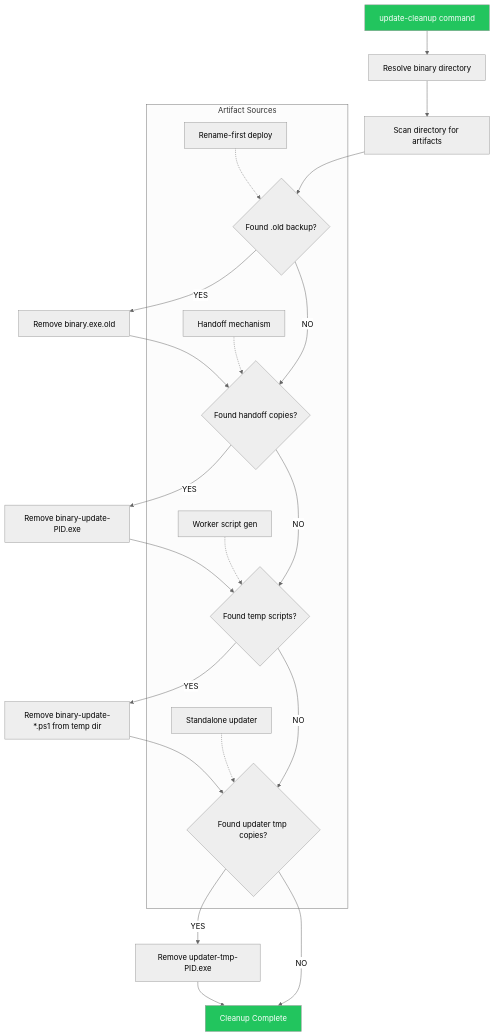
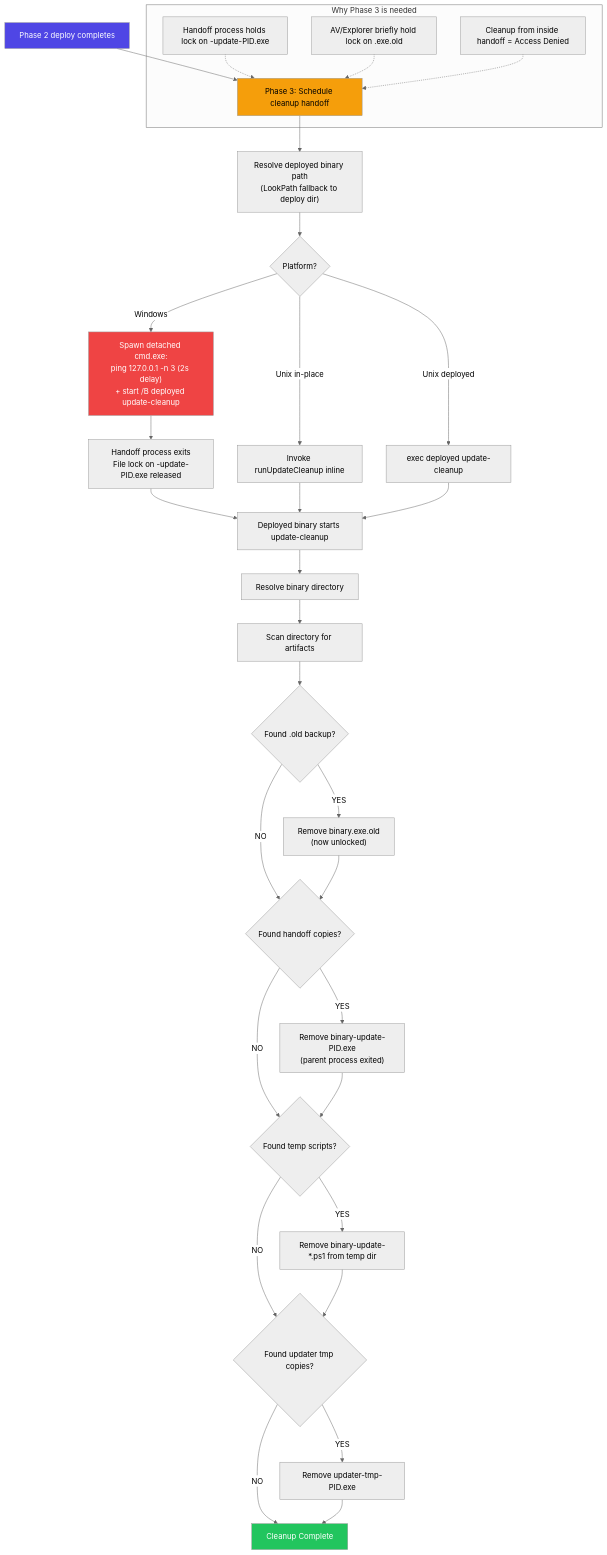
The diagram in spec/08-generic-update/images/cleanup-flow.mmd (alimtvnetwork/gitmap-v6), drawn with Mermaid (neutral theme) before and after one commit. The commit also changed 2 other files, not shown here.

```diff
--- a/spec/08-generic-update/images/cleanup-flow.mmd
+++ b/spec/08-generic-update/images/cleanup-flow.mmd
@@ -1,30 +1,44 @@
 graph TD
-    A["update-cleanup command"] --> B["Resolve binary directory"]
-    B --> C["Scan directory for artifacts"]
+    A["Phase 2 deploy completes"] --> B["Phase 3: Schedule cleanup handoff"]
+    B --> C["Resolve deployed binary path<br/>(LookPath fallback to deploy dir)"]
+    C --> D{"Platform?"}
 
-    C --> D{"Found .old backup?"}
-    D -->|YES| D1["Remove binary.exe.old"]
-    D -->|NO| E{"Found handoff copies?"}
-    D1 --> E
+    D -->|Windows| W1["Spawn detached cmd.exe:<br/>ping 127.0.0.1 -n 3 (2s delay)<br/>+ start /B deployed update-cleanup"]
+    D -->|Unix in-place| U1["Invoke runUpdateCleanup inline"]
+    D -->|Unix deployed| U2["exec deployed update-cleanup"]
 
-    E -->|YES| E1["Remove binary-update-PID.exe"]
-    E -->|NO| F{"Found temp scripts?"}
-    E1 --> F
+    W1 --> X["Handoff process exits<br/>File lock on -update-PID.exe released"]
+    X --> Y["Deployed binary starts update-cleanup"]
+    U1 --> Y
+    U2 --> Y
 
-    F -->|YES| F1["Remove binary-update-*.ps1 from temp dir"]
-    F -->|NO| G{"Found updater tmp copies?"}
-    F1 --> G
+    Y --> Z["Resolve binary directory"]
+    Z --> S["Scan directory for artifacts"]
 
-    G -->|YES| G1["Remove updater-tmp-PID.exe"]
-    G -->|NO| H["Cleanup Complete"]
-    G1 --> H
+    S --> D1{"Found .old backup?"}
+    D1 -->|YES| D1a["Remove binary.exe.old<br/>(now unlocked)"]
+    D1 -->|NO| E1{"Found handoff copies?"}
+    D1a --> E1
 
-    subgraph "Artifact Sources"
-        I1["Rename-first deploy"] -.-> D
-        I2["Handoff mechanism"] -.-> E
-        I3["Worker script gen"] -.-> F
-        I4["Standalone updater"] -.-> G
+    E1 -->|YES| E1a["Remove binary-update-PID.exe<br/>(parent process exited)"]
+    E1 -->|NO| F1{"Found temp scripts?"}
+    E1a --> F1
+
+    F1 -->|YES| F1a["Remove binary-update-*.ps1 from temp dir"]
+    F1 -->|NO| G1{"Found updater tmp copies?"}
+    F1a --> G1
+
+    G1 -->|YES| G1a["Remove updater-tmp-PID.exe"]
+    G1 -->|NO| H["Cleanup Complete"]
+    G1a --> H
+
+    subgraph "Why Phase 3 is needed"
+        N1["Handoff process holds lock on -update-PID.exe"] -.-> B
+        N2["AV/Explorer briefly hold lock on .exe.old"] -.-> B
+        N3["Cleanup from inside handoff = Access Denied"] -.-> B
     end
 
-    style A fill:#22c55e,color:#fff
+    style A fill:#4f46e5,color:#fff
+    style B fill:#f59e0b,color:#000
     style H fill:#22c55e,color:#fff
+    style W1 fill:#ef4444,color:#fff
```
